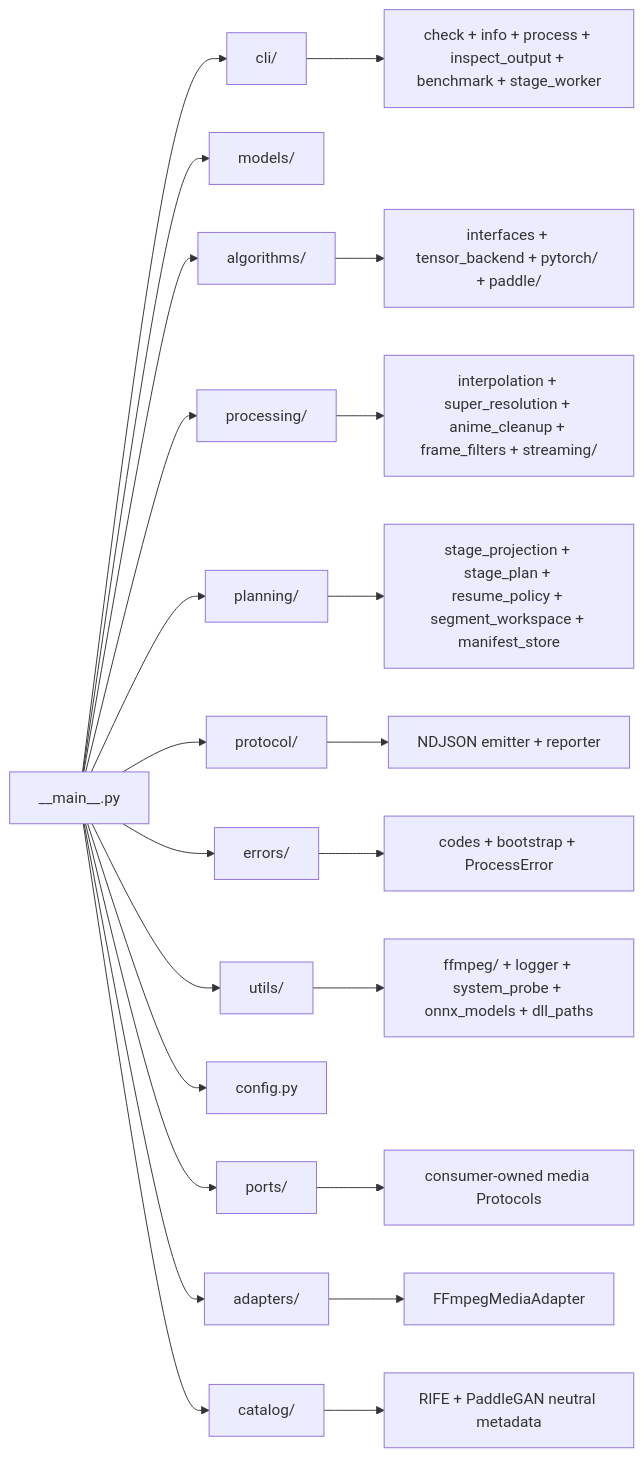
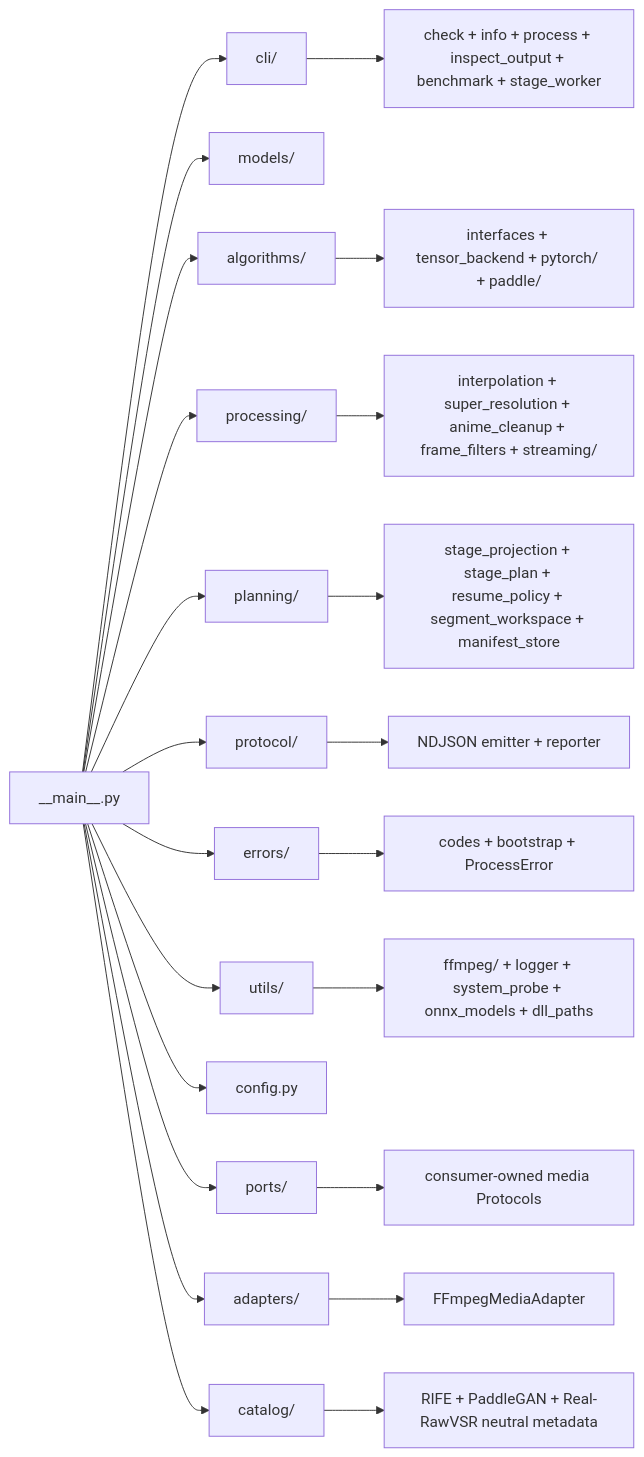
Before and after one commit to youge325/vp: the fourth of 4 diagrams in docs/01-architecture-overview.md, drawn with Mermaid. The commit also changed other lines of this file and 19 other files, not shown here.

````diff
--- a/docs/01-architecture-overview.md
+++ b/docs/01-architecture-overview.md
@@ -224,26 +226,26 @@
 ```mermaid
 graph LR
     A[__main__.py] --> B[cli/]
     A --> C[models/]
     A --> D[algorithms/]
     A --> E[processing/]
     A --> F[planning/]
     A --> G[protocol/]
     A --> H[errors/]
     A --> I[utils/]
     A --> J[config.py]
     A --> K[ports/]
     A --> L[adapters/]
     A --> M[catalog/]
 
     B --> B1[check + info + process + inspect_output + benchmark + stage_worker]
     D --> D1[interfaces + tensor_backend + pytorch/ + paddle/]
     E --> E1[interpolation + super_resolution + anime_cleanup + frame_filters + streaming/]
     F --> F1[stage_projection + stage_plan + resume_policy + segment_workspace + manifest_store]
     G --> G1[NDJSON emitter + reporter]
     H --> H1[codes + bootstrap + ProcessError]
     I --> I1[ffmpeg/ + logger + system_probe + onnx_models + dll_paths]
     K --> K1[consumer-owned media Protocols]
     L --> L1[FFmpegMediaAdapter]
-    M --> M1[RIFE + PaddleGAN neutral metadata]
+    M --> M1[RIFE + PaddleGAN + Real-RawVSR neutral metadata]
 ```
````
